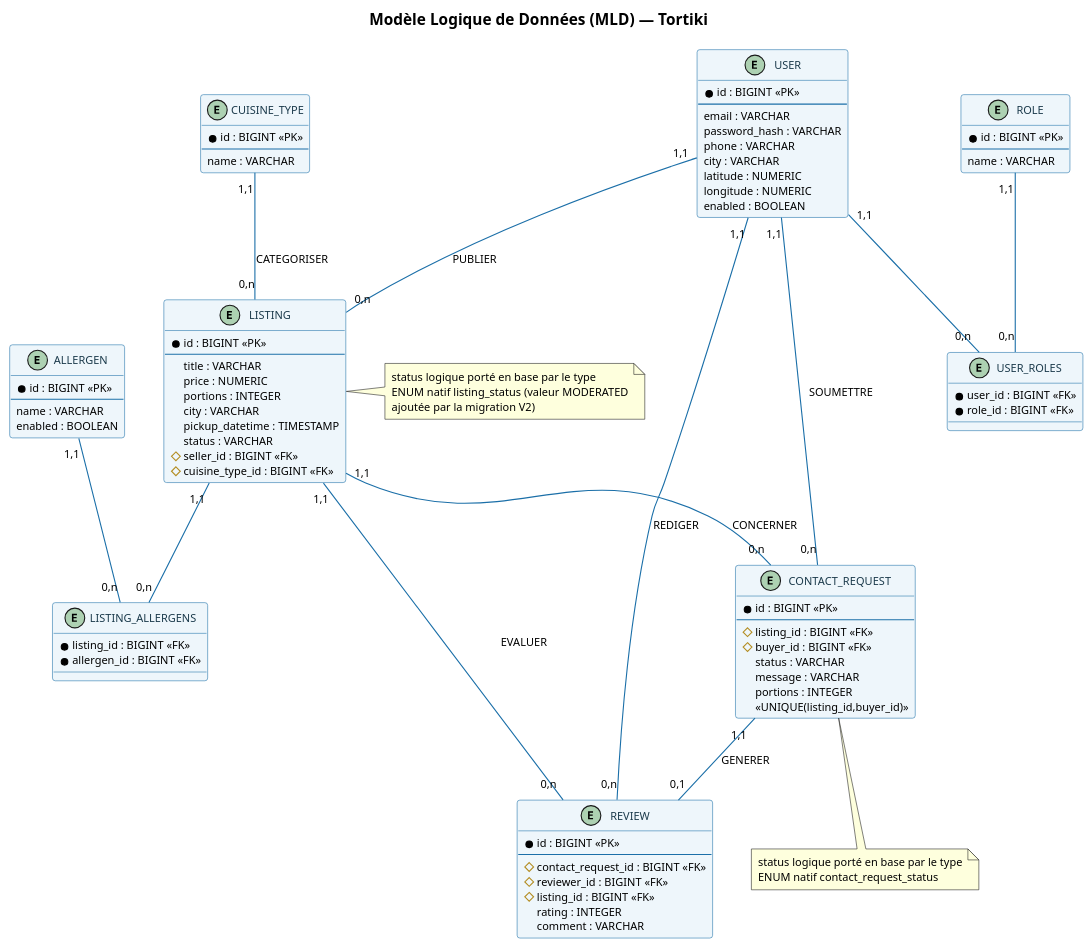
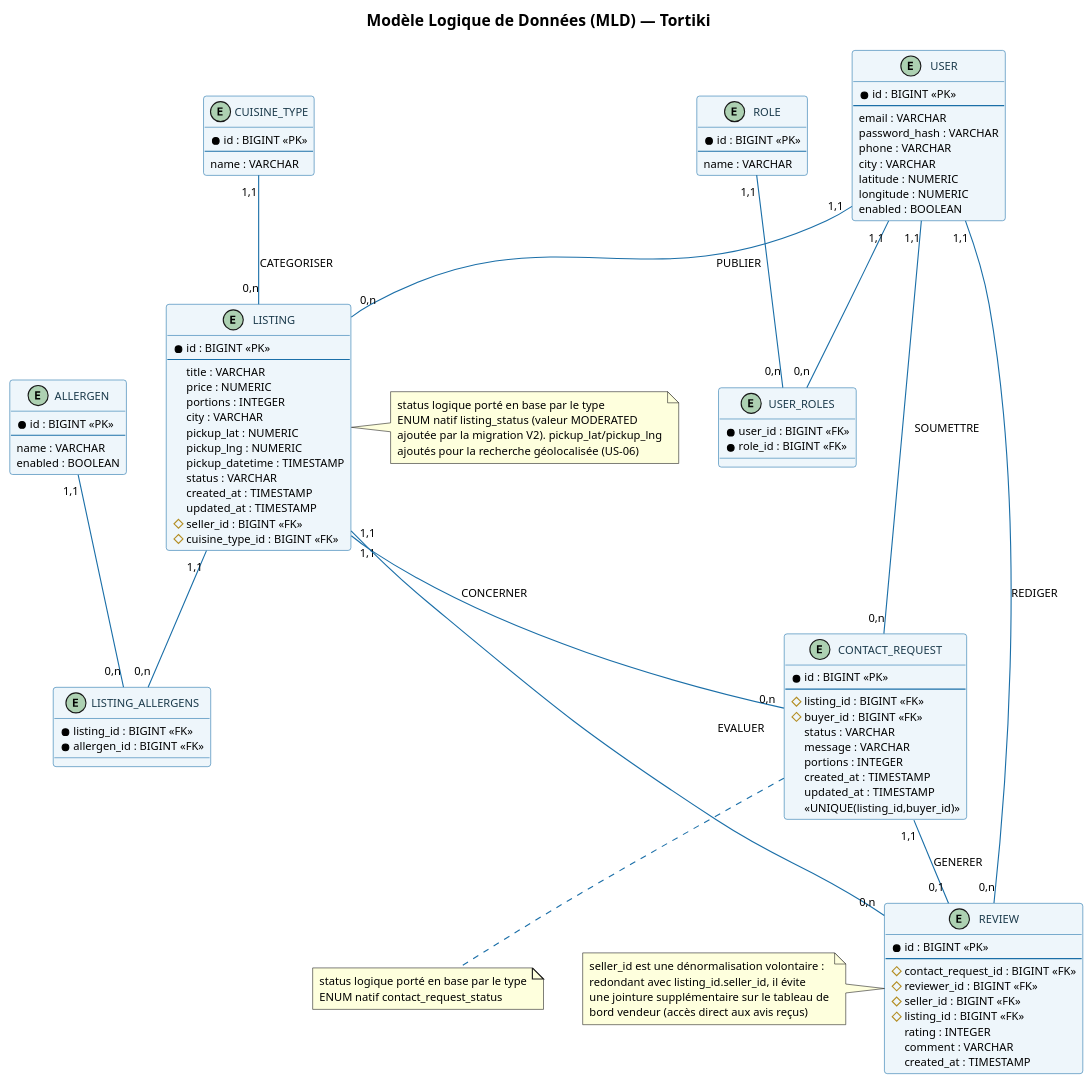
The diagram in docs/MLD_Tortiki.puml (jferminh/tortiki-api), drawn with PlantUML before and after one commit. The commit also changed 2 other files, not shown here.

```diff
--- a/docs/MLD_Tortiki.puml
+++ b/docs/MLD_Tortiki.puml
@@ -1,119 +1,135 @@
 @startuml MLD_Tortiki
 '== A4 portrait ==
 skinparam pageWidth 210mm
 skinparam pageMargin 10
 skinparam dpi 150
 scale max 800 width
 skinparam backgroundColor #FFFFFF
 skinparam defaultFontSize 10
 skinparam shadowing false
 
 skinparam class {
   BackgroundColor #EEF6FB
   BorderColor #1B6FA8
   FontColor #1B3A4B
   ArrowColor #1B6FA8
   FontSize 10
 }
 
 title Modèle Logique de Données (MLD) — Tortiki
 
 entity "USER" as User {
   * id : BIGINT <<PK>>
   --
   email : VARCHAR
   password_hash : VARCHAR
   phone : VARCHAR
   city : VARCHAR
   latitude : NUMERIC
   longitude : NUMERIC
   enabled : BOOLEAN
 }
 
 entity "ROLE" as Role {
   * id : BIGINT <<PK>>
   --
   name : VARCHAR
 }
 
 entity "USER_ROLES" as UserRoles {
   * user_id : BIGINT <<FK>>
   * role_id : BIGINT <<FK>>
 }
 
 entity "LISTING" as Listing {
   * id : BIGINT <<PK>>
   --
   title : VARCHAR
   price : NUMERIC
   portions : INTEGER
   city : VARCHAR
+  pickup_lat : NUMERIC
+  pickup_lng : NUMERIC
   pickup_datetime : TIMESTAMP
   status : VARCHAR
+  created_at : TIMESTAMP
+  updated_at : TIMESTAMP
   # seller_id : BIGINT <<FK>>
   # cuisine_type_id : BIGINT <<FK>>
 }
 
 entity "CUISINE_TYPE" as Cuisine {
   * id : BIGINT <<PK>>
   --
   name : VARCHAR
 }
 
 entity "ALLERGEN" as Allergen {
   * id : BIGINT <<PK>>
   --
   name : VARCHAR
   enabled : BOOLEAN
 }
 
 entity "LISTING_ALLERGENS" as ListAllerg {
   * listing_id : BIGINT <<FK>>
   * allergen_id : BIGINT <<FK>>
 }
 
 entity "CONTACT_REQUEST" as CReq {
   * id : BIGINT <<PK>>
   --
   # listing_id : BIGINT <<FK>>
   # buyer_id : BIGINT <<FK>>
   status : VARCHAR
   message : VARCHAR
   portions : INTEGER
+  created_at : TIMESTAMP
+  updated_at : TIMESTAMP
   <<UNIQUE(listing_id,buyer_id)>>
 }
 
 entity "REVIEW" as Review {
   * id : BIGINT <<PK>>
   --
   # contact_request_id : BIGINT <<FK>>
   # reviewer_id : BIGINT <<FK>>
+  # seller_id : BIGINT <<FK>>
   # listing_id : BIGINT <<FK>>
   rating : INTEGER
   comment : VARCHAR
+  created_at : TIMESTAMP
 }
 
 User "1,1" -- "0,n" Listing : PUBLIER
 User "1,1" -- "0,n" UserRoles
 Role "1,1" -- "0,n" UserRoles
 Cuisine "1,1" -- "0,n" Listing : CATEGORISER
 Listing "1,1" -- "0,n" ListAllerg
 Allergen "1,1" -- "0,n" ListAllerg
 Listing "1,1" -- "0,n" CReq : CONCERNER
 User "1,1" -- "0,n" CReq : SOUMETTRE
 CReq "1,1" -- "0,1" Review : GENERER
 User "1,1" -- "0,n" Review : REDIGER
 Listing "1,1" -- "0,n" Review : EVALUER
 
 note bottom of CReq
   status logique porté en base par le type
   ENUM natif contact_request_status
 end note
 
 note right of Listing
   status logique porté en base par le type
   ENUM natif listing_status (valeur MODERATED
-  ajoutée par la migration V2)
+  ajoutée par la migration V2). pickup_lat/pickup_lng
+  ajoutés pour la recherche géolocalisée (US-06)
+end note
+
+note left of Review
+  seller_id est une dénormalisation volontaire :
+  redondant avec listing_id.seller_id, il évite
+  une jointure supplémentaire sur le tableau de
+  bord vendeur (accès direct aux avis reçus)
 end note
 
 @enduml
```
